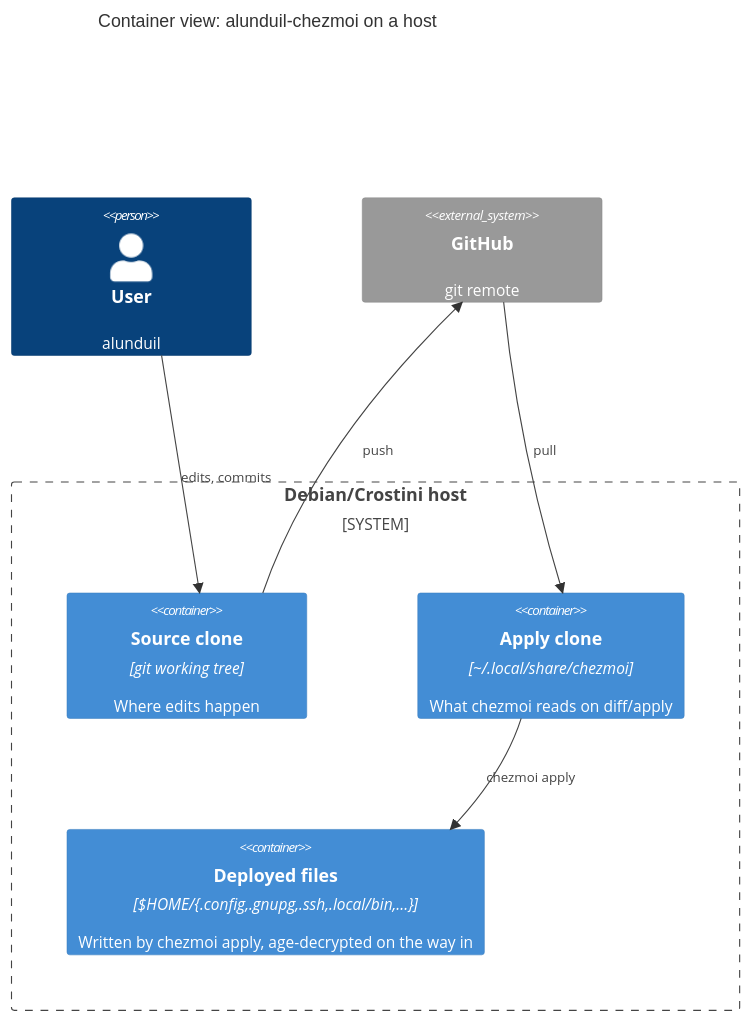
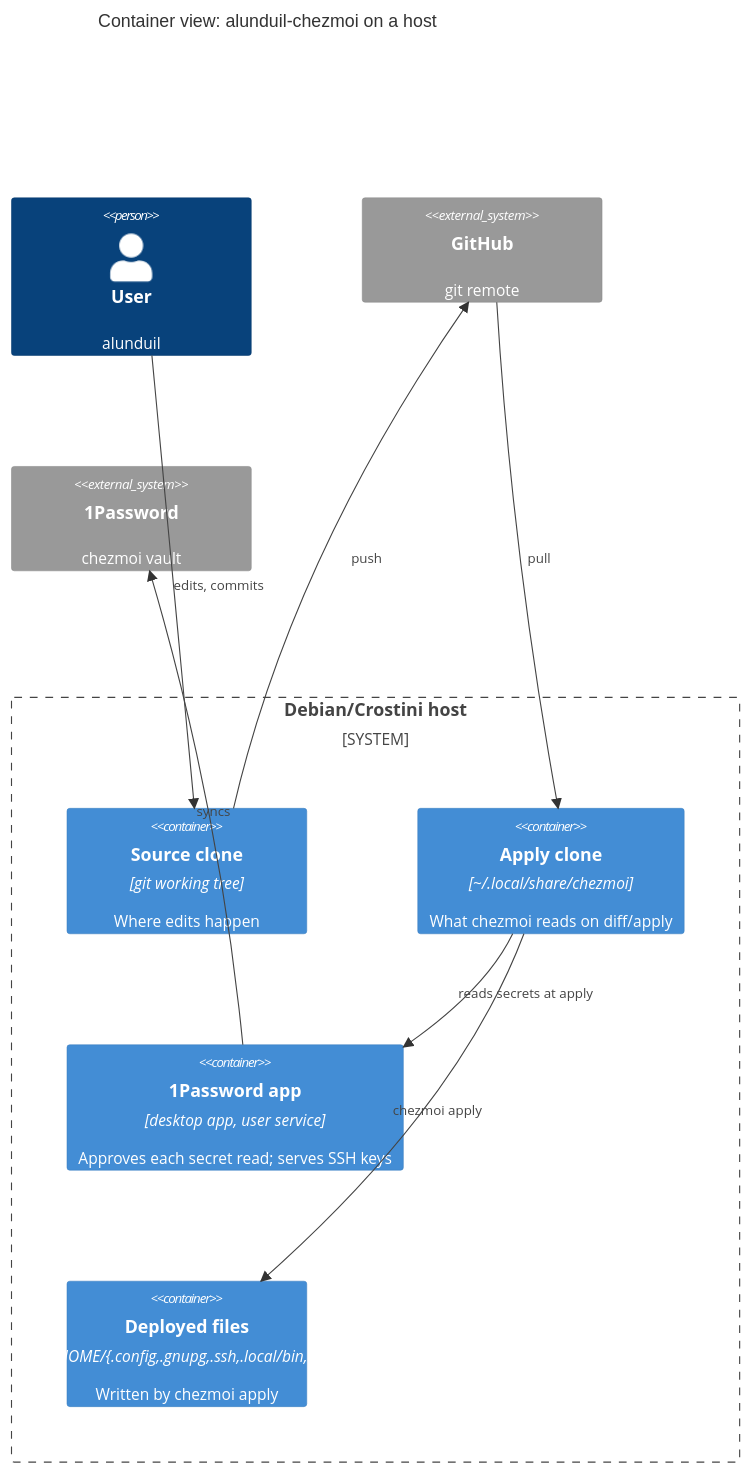
One commit to alunduil/alunduil-chezmoi changed the diagram in docs/explanation/architecture.md. Above: the diagram before and after it, drawn with Mermaid. The commit also changed other lines of this file and 46 other files, not shown here.

First line of the commit message:
Resolve secrets from 1Password and serve SSH keys from its agent (#881)

````diff
--- a/docs/explanation/architecture.md
+++ b/docs/explanation/architecture.md
@@ -9,18 +9,22 @@
 ```mermaid
 C4Container
     title Container view: alunduil-chezmoi on a host
 
     Person(user, "User", "alunduil")
     System_Ext(github, "GitHub", "git remote")
+    System_Ext(vault, "1Password", "chezmoi vault")
 
     System_Boundary(host, "Debian/Crostini host") {
         Container(source, "Source clone", "git working tree", "Where edits happen")
         Container(apply, "Apply clone", "~/.local/share/chezmoi", "What chezmoi reads on diff/apply")
-        Container(home, "Deployed files", "$HOME/{.config,.gnupg,.ssh,.local/bin,...}", "Written by chezmoi apply, age-decrypted on the way in")
+        Container(app, "1Password app", "desktop app, user service", "Approves each secret read; serves SSH keys")
+        Container(home, "Deployed files", "$HOME/{.config,.gnupg,.ssh,.local/bin,...}", "Written by chezmoi apply")
     }
 
     Rel(user, source, "edits, commits")
     Rel(source, github, "push")
     Rel(github, apply, "pull")
     Rel(apply, home, "chezmoi apply")
+    Rel(apply, app, "reads secrets at apply")
+    Rel(app, vault, "syncs")
 ```
````
